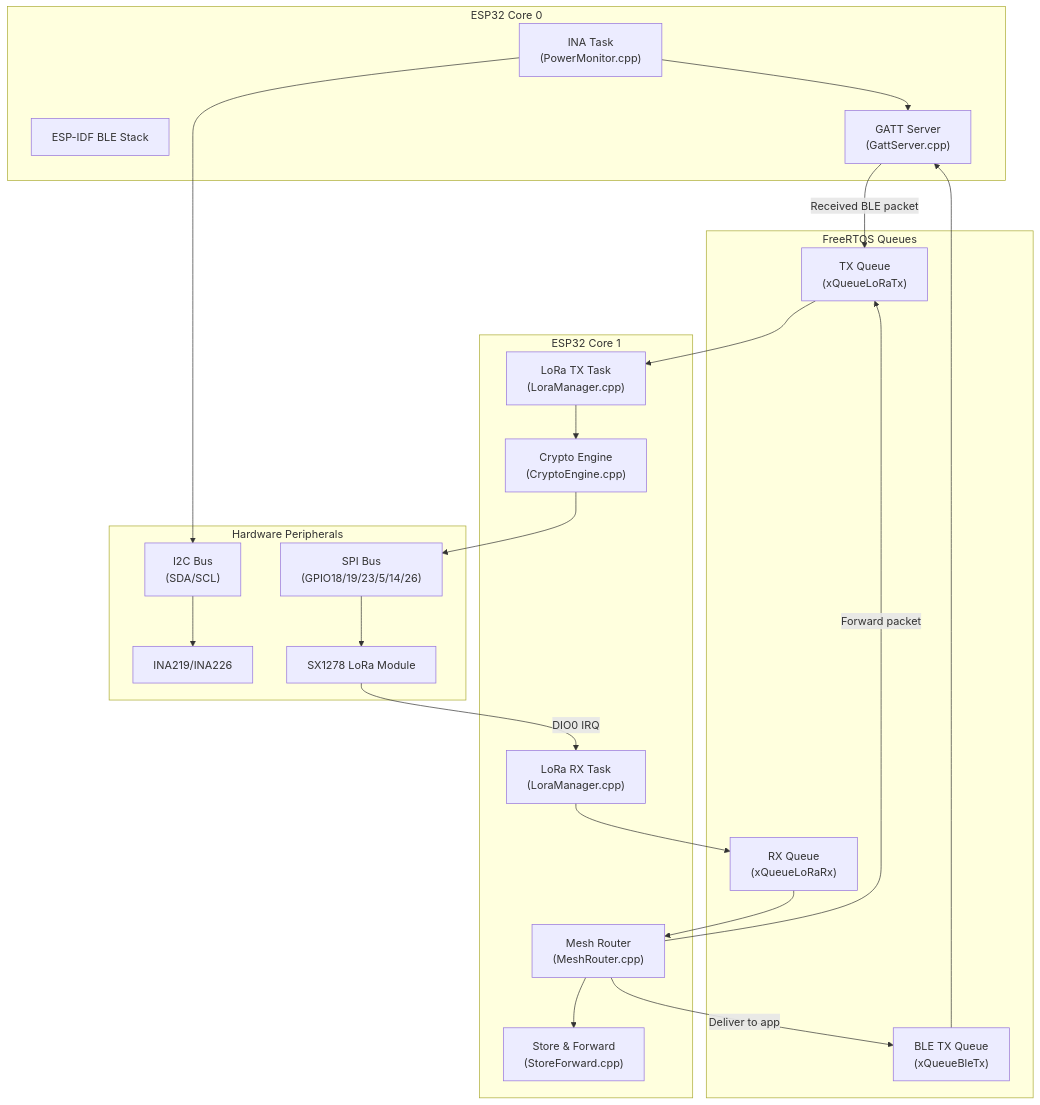
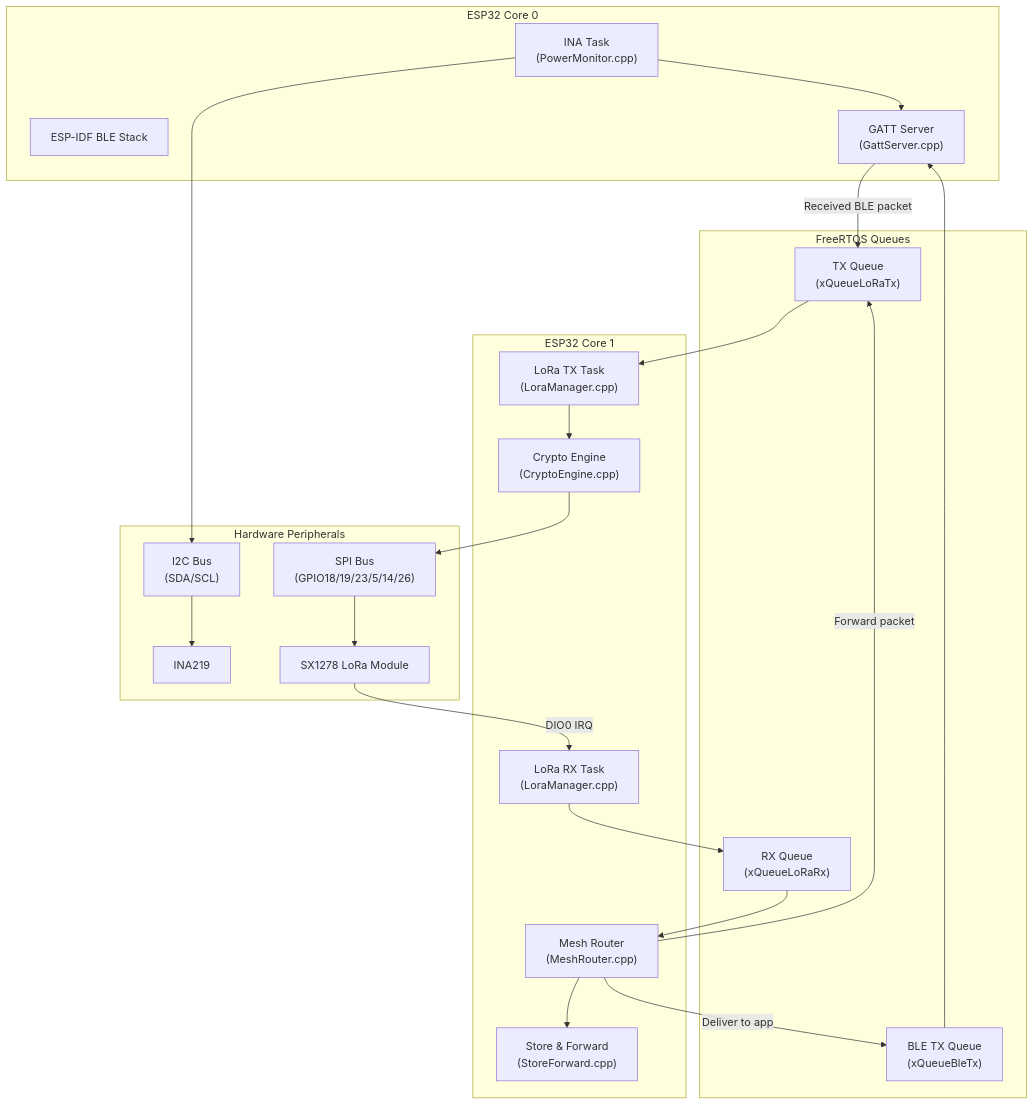
The first of 2 diagrams in docs/firmware/esp32-architecture.md (akramhossain-dev/Secure-Offline-Mesh-Messenger), drawn with Mermaid before and after one commit. The commit also changed other lines of this file and 11 other files, not shown here.

````diff
--- a/docs/firmware/esp32-architecture.md
+++ b/docs/firmware/esp32-architecture.md
@@ -24,43 +24,43 @@
 ```mermaid
 graph TD
     subgraph Core0["ESP32 Core 0"]
         BLE_STACK["ESP-IDF BLE Stack"]
         BLE_GATT["GATT Server\n(GattServer.cpp)"]
         INA_TASK["INA Task\n(PowerMonitor.cpp)"]
     end
 
     subgraph Core1["ESP32 Core 1"]
         LORA_RX["LoRa RX Task\n(LoraManager.cpp)"]
         LORA_TX["LoRa TX Task\n(LoraManager.cpp)"]
         ROUTER["Mesh Router\n(MeshRouter.cpp)"]
         STORE_FWD["Store & Forward\n(StoreForward.cpp)"]
         CRYPTO_ENG["Crypto Engine\n(CryptoEngine.cpp)"]
     end
 
     subgraph Queues["FreeRTOS Queues"]
         TX_Q["TX Queue\n(xQueueLoRaTx)"]
         RX_Q["RX Queue\n(xQueueLoRaRx)"]
         BLE_TX_Q["BLE TX Queue\n(xQueueBleTx)"]
     end
 
     subgraph Peripherals["Hardware Peripherals"]
         SPI["SPI Bus\n(GPIO18/19/23/5/14/26)"]
         I2C["I2C Bus\n(SDA/SCL)"]
         SX1278["SX1278 LoRa Module"]
-        INA["INA219/INA226"]
+        INA["INA219"]
     end
 
     BLE_GATT -->|"Received BLE packet"| TX_Q
     TX_Q --> LORA_TX
     LORA_TX --> CRYPTO_ENG
     CRYPTO_ENG --> SPI --> SX1278
     SX1278 -->|"DIO0 IRQ"| LORA_RX
     LORA_RX --> RX_Q
     RX_Q --> ROUTER
     ROUTER --> STORE_FWD
     ROUTER -->|"Forward packet"| TX_Q
     ROUTER -->|"Deliver to app"| BLE_TX_Q
     BLE_TX_Q --> BLE_GATT
     INA_TASK --> I2C --> INA
     INA_TASK --> BLE_GATT
 ```
````
